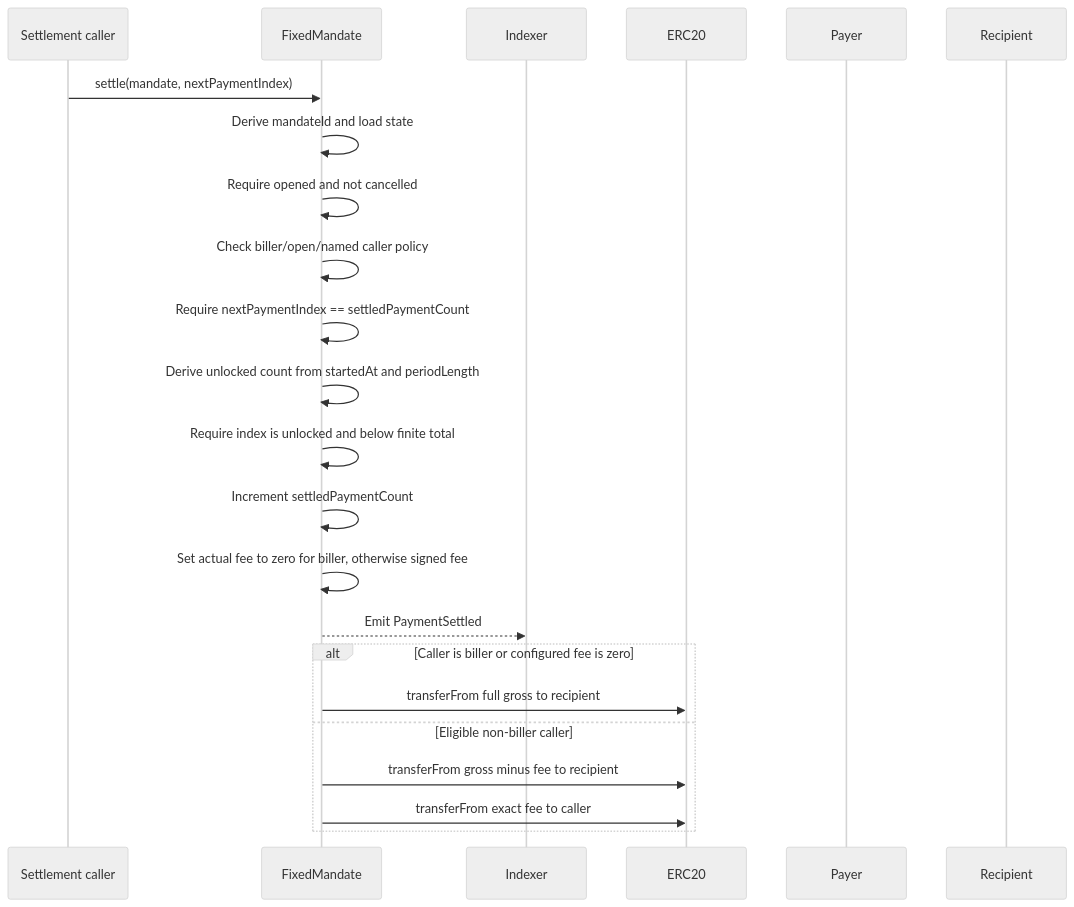
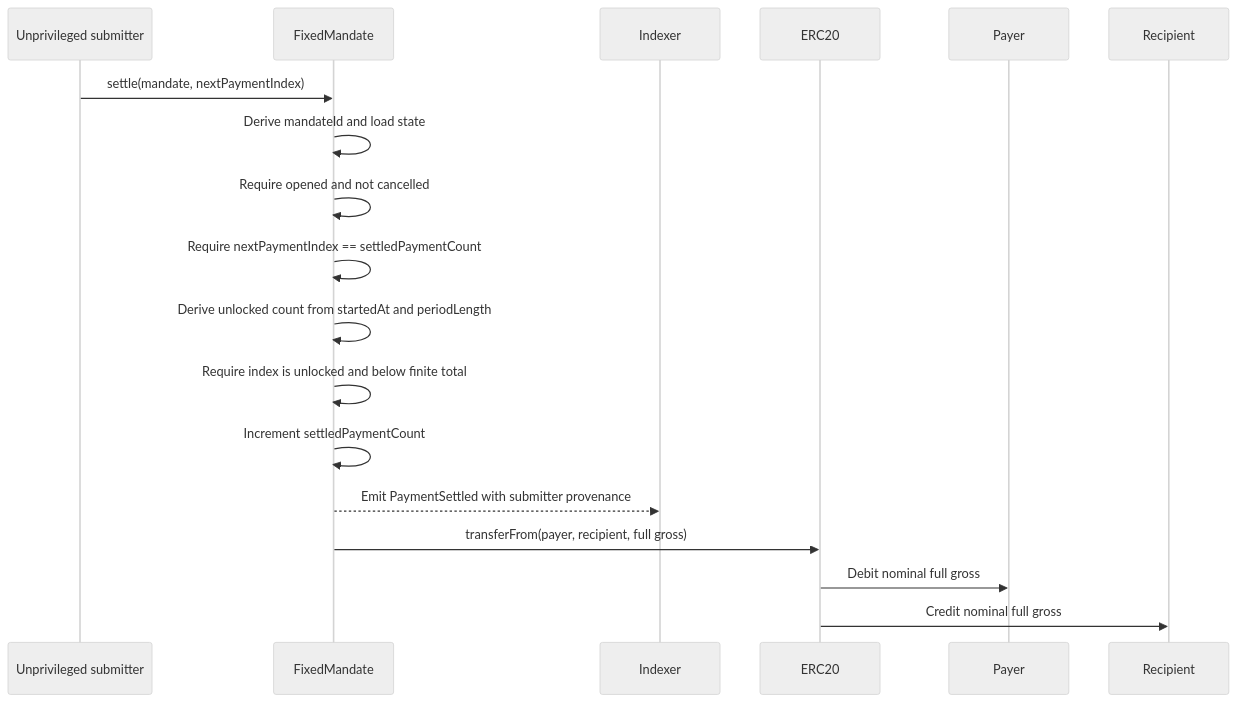
One commit to alexroan/mandate-protocol changed the third of 4 diagrams in PROTOCOL.md. Above: the diagram before and after it, drawn with Mermaid (neutral theme). The commit also changed other lines of this file and 8 other files, not shown here.

````diff
--- a/PROTOCOL.md
+++ b/PROTOCOL.md
@@ -293,26 +306,21 @@
 ```mermaid
 sequenceDiagram
-    participant C as Settlement caller
+    participant S as Unprivileged submitter
     participant E as FixedMandate
     participant I as Indexer
     participant T as ERC20
     participant P as Payer
     participant R as Recipient
 
-    C->>E: settle(mandate, nextPaymentIndex)
+    S->>E: settle(mandate, nextPaymentIndex)
     E->>E: Derive mandateId and load state
     E->>E: Require opened and not cancelled
-    E->>E: Check biller/open/named caller policy
     E->>E: Require nextPaymentIndex == settledPaymentCount
     E->>E: Derive unlocked count from startedAt and periodLength
     E->>E: Require index is unlocked and below finite total
     E->>E: Increment settledPaymentCount
-    E->>E: Set actual fee to zero for biller, otherwise signed fee
-    E-->>I: Emit PaymentSettled
-    alt Caller is biller or configured fee is zero
-        E->>T: transferFrom full gross to recipient
-    else Eligible non-biller caller
-        E->>T: transferFrom gross minus fee to recipient
-        E->>T: transferFrom exact fee to caller
-    end
+    E-->>I: Emit PaymentSettled with submitter provenance
+    E->>T: transferFrom(payer, recipient, full gross)
+    T->>P: Debit nominal full gross
+    T->>R: Credit nominal full gross
 ```
````
